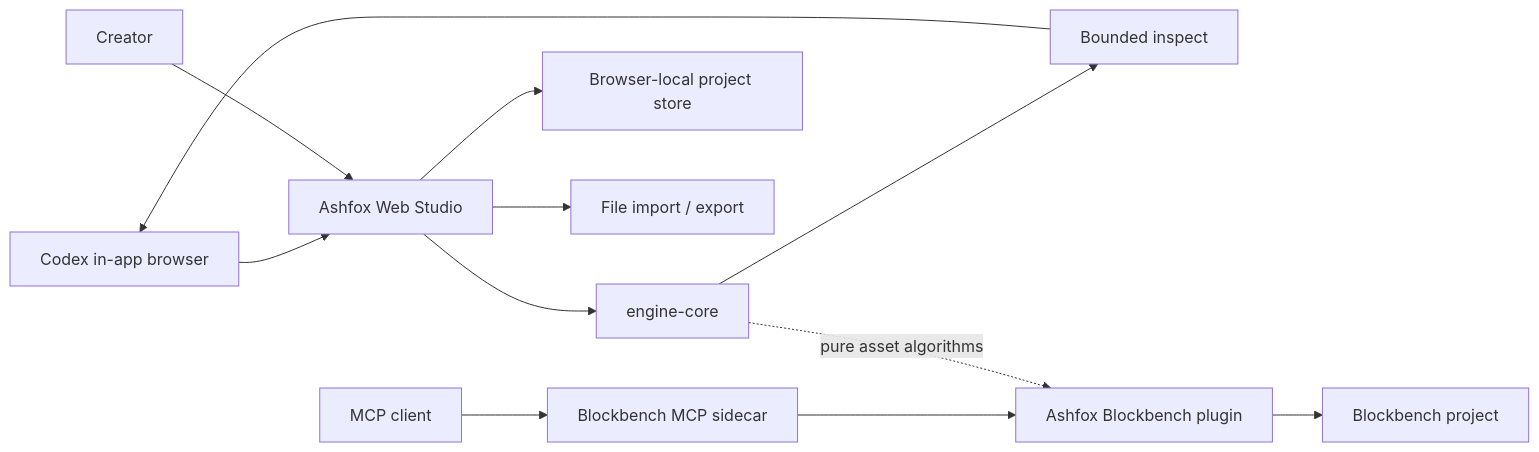
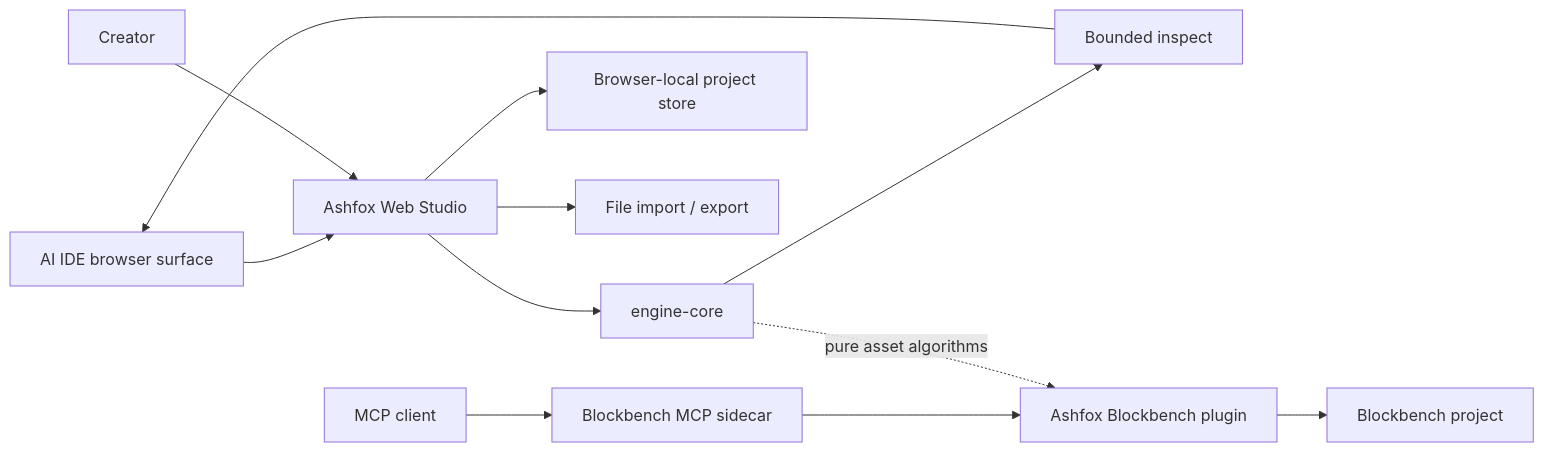
The diagram in docs/architecture/overview.md (sigee-min/Ashfox), drawn with Mermaid before and after one commit. The commit also changed other lines of this file and 41 other files, not shown here.

````diff
--- a/docs/architecture/overview.md
+++ b/docs/architecture/overview.md
@@ -7,16 +7,16 @@
 ```mermaid
 flowchart LR
-    Codex["Codex in-app browser"] --> Web["Ashfox Web Studio"]
+    AgentIDE["AI IDE browser surface"] --> Web["Ashfox Web Studio"]
     User["Creator"] --> Web
     Web --> Engine["engine-core"]
     Web --> BrowserStore["Browser-local project store"]
     Web --> Files["File import / export"]
     Engine --> Inspect["Bounded inspect"]
-    Inspect --> Codex
+    Inspect --> AgentIDE
 
     McpClient["MCP client"] --> Sidecar["Blockbench MCP sidecar"]
     Sidecar --> Plugin["Ashfox Blockbench plugin"]
     Plugin --> Blockbench["Blockbench project"]
 
     Engine -. "pure asset algorithms" .-> Plugin
 ```
````
